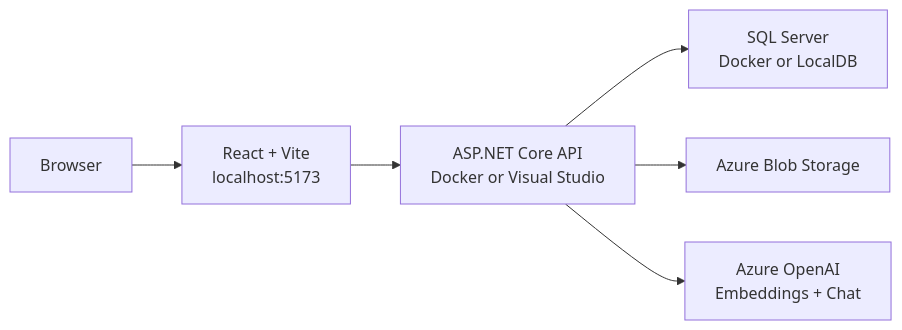
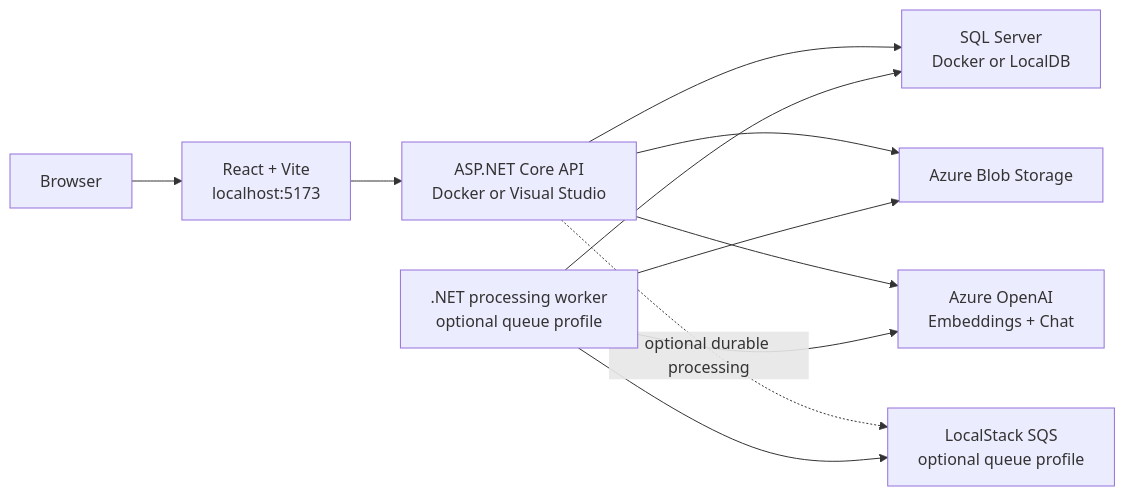
Before and after one commit to SB4647/InsightVault: the first of 5 diagrams in README.md, drawn with Mermaid. The commit also changed other lines of this file and 24 other files, not shown here.

````diff
--- a/README.md
+++ b/README.md
@@ -104,15 +104,22 @@
 ```mermaid
 flowchart LR
     Browser["Browser"]
     React["React + Vite\nlocalhost:5173"]
     Api["ASP.NET Core API\nDocker or Visual Studio"]
     Sql["SQL Server\nDocker or LocalDB"]
     Blob["Azure Blob Storage"]
     OpenAI["Azure OpenAI\nEmbeddings + Chat"]
+    Queue["LocalStack SQS\noptional queue profile"]
+    Worker[".NET processing worker\noptional queue profile"]
 
     Browser --> React
     React --> Api
     Api --> Sql
     Api --> Blob
     Api --> OpenAI
+    Api -. optional durable processing .-> Queue
+    Worker --> Queue
+    Worker --> Sql
+    Worker --> Blob
+    Worker --> OpenAI
 ```
````
